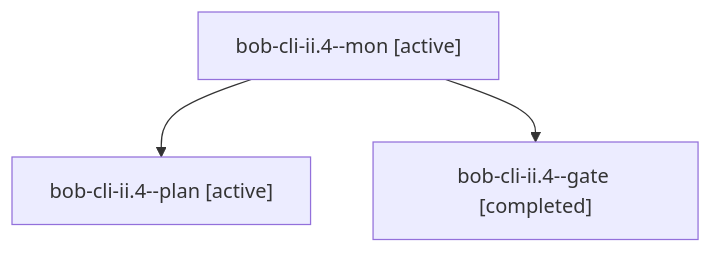
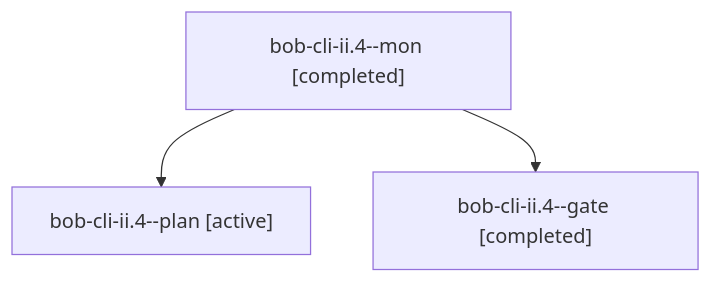
The diagram in sessions/bbugyi200.athena.bob-cli-ii.4.md (bobs-org/bob-cli--agents), drawn with Mermaid before and after one commit. The commit also changed other lines of this file and 107 other files, not shown here.

````diff
--- a/sessions/bbugyi200.athena.bob-cli-ii.4.md
+++ b/sessions/bbugyi200.athena.bob-cli-ii.4.md
@@ -9,8 +9,8 @@
 ```mermaid
 flowchart TD
-  n0["bob-cli-ii.4--mon [active]"]
+  n0["bob-cli-ii.4--mon [completed]"]
   n1["bob-cli-ii.4--plan [active]"]
   n0 --> n1
   n2["bob-cli-ii.4--gate [completed]"]
   n0 --> n2
 ```
````
